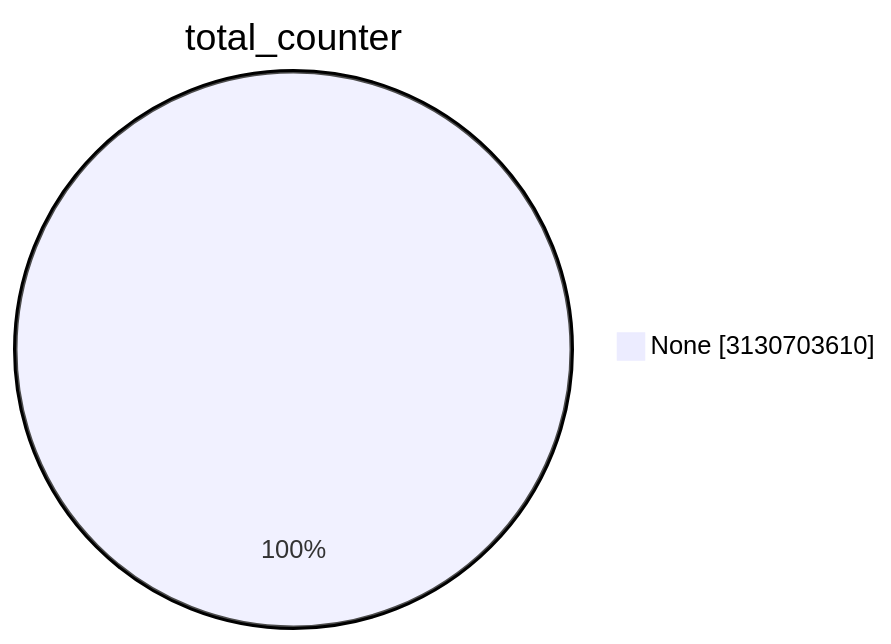
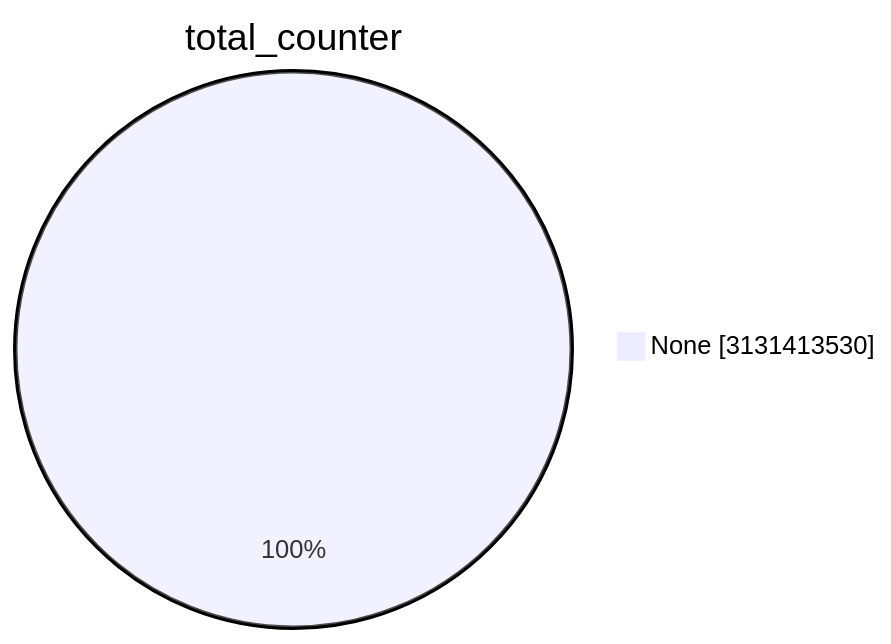
One commit to christiankrug/ctmonitor_visualization changed the first of 15 diagrams in TOTAL/README.md. Above: the diagram before and after it, drawn with Mermaid. The commit also changed other lines of this file, not shown here.

````diff
--- a/TOTAL/README.md
+++ b/TOTAL/README.md
@@ -1,5 +1,5 @@
 ```mermaid
 pie showData
 title total_counter
-"None" :3130703610
+"None" :3131413530
 ```
````
